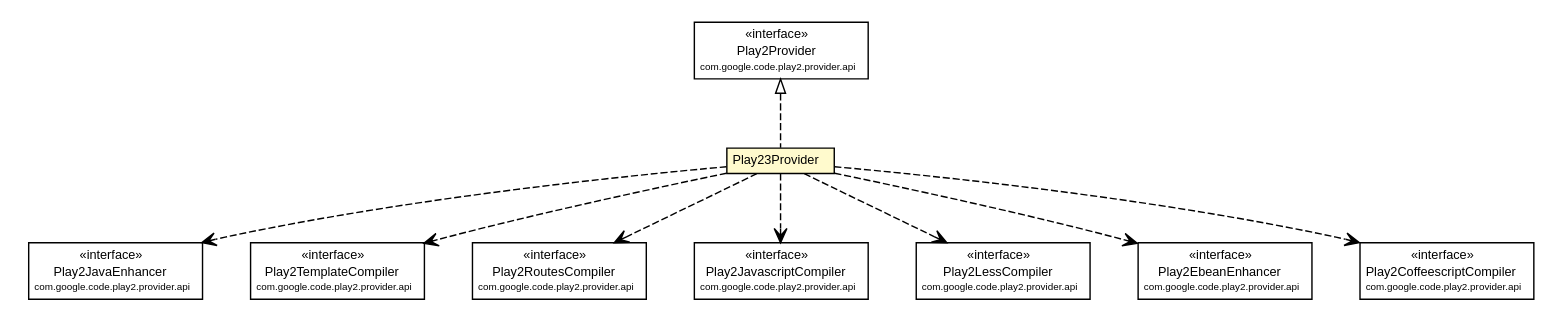
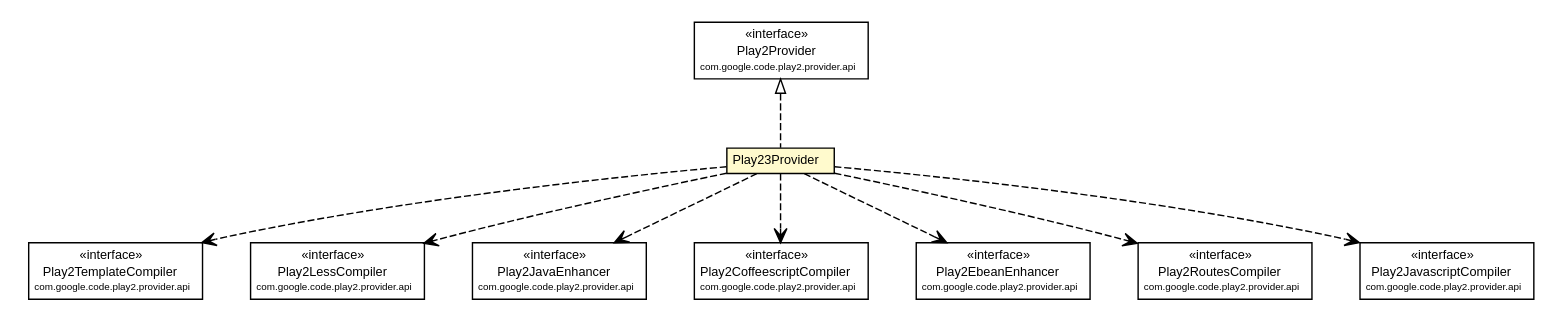
Before and after one commit to wouterhardeman/play2-maven-plugin: the diagram in mavensite/1.0.0-beta1/play2-providers/play2-provider-play23/apidocs/com/google/code/play2/provider/play23/Play23Provider.dot, drawn with Graphviz. The commit also changed 581 other files, not shown here.

```diff
--- a/mavensite/1.0.0-beta1/play2-providers/play2-provider-play23/apidocs/com/google/code/play2/provider/play23/Play23Provider.dot
+++ b/mavensite/1.0.0-beta1/play2-providers/play2-provider-play23/apidocs/com/google/code/play2/provider/play23/Play23Provider.dot
@@ -17,82 +17,82 @@
 		</table>>, URL="./Play23Provider.html", fontname="arial", fontcolor="black", fontsize=9.0];
 	//com.google.code.play2.provider.play23.Play23Provider implements com.google.code.play2.provider.api.Play2Provider
 	c186:p -> c177:p [dir=back,arrowtail=empty,style=dashed];
+	// com.google.code.play2.provider.play23.Play23Provider DEPEND com.google.code.play2.provider.api.Play2TemplateCompiler
+	c177:p -> c187:p [taillabel="", label="", headlabel="", fontname="arial", fontcolor="black", fontsize=10.0, color="black", arrowhead=open, style=dashed];
+	// com.google.code.play2.provider.play23.Play23Provider DEPEND com.google.code.play2.provider.api.Play2LessCompiler
+	c177:p -> c188:p [taillabel="", label="", headlabel="", fontname="arial", fontcolor="black", fontsize=10.0, color="black", arrowhead=open, style=dashed];
 	// com.google.code.play2.provider.play23.Play23Provider DEPEND com.google.code.play2.provider.api.Play2JavaEnhancer
-	c177:p -> c187:p [taillabel="", label="", headlabel="", fontname="arial", fontcolor="black", fontsize=10.0, color="black", arrowhead=open, style=dashed];
-	// com.google.code.play2.provider.play23.Play23Provider DEPEND com.google.code.play2.provider.api.Play2TemplateCompiler
-	c177:p -> c188:p [taillabel="", label="", headlabel="", fontname="arial", fontcolor="black", fontsize=10.0, color="black", arrowhead=open, style=dashed];
+	c177:p -> c189:p [taillabel="", label="", headlabel="", fontname="arial", fontcolor="black", fontsize=10.0, color="black", arrowhead=open, style=dashed];
+	// com.google.code.play2.provider.play23.Play23Provider DEPEND com.google.code.play2.provider.api.Play2CoffeescriptCompiler
+	c177:p -> c190:p [taillabel="", label="", headlabel="", fontname="arial", fontcolor="black", fontsize=10.0, color="black", arrowhead=open, style=dashed];
+	// com.google.code.play2.provider.play23.Play23Provider DEPEND com.google.code.play2.provider.api.Play2EbeanEnhancer
+	c177:p -> c191:p [taillabel="", label="", headlabel="", fontname="arial", fontcolor="black", fontsize=10.0, color="black", arrowhead=open, style=dashed];
 	// com.google.code.play2.provider.play23.Play23Provider DEPEND com.google.code.play2.provider.api.Play2RoutesCompiler
-	c177:p -> c189:p [taillabel="", label="", headlabel="", fontname="arial", fontcolor="black", fontsize=10.0, color="black", arrowhead=open, style=dashed];
+	c177:p -> c192:p [taillabel="", label="", headlabel="", fontname="arial", fontcolor="black", fontsize=10.0, color="black", arrowhead=open, style=dashed];
 	// com.google.code.play2.provider.play23.Play23Provider DEPEND com.google.code.play2.provider.api.Play2JavascriptCompiler
-	c177:p -> c190:p [taillabel="", label="", headlabel="", fontname="arial", fontcolor="black", fontsize=10.0, color="black", arrowhead=open, style=dashed];
-	// com.google.code.play2.provider.play23.Play23Provider DEPEND com.google.code.play2.provider.api.Play2LessCompiler
-	c177:p -> c191:p [taillabel="", label="", headlabel="", fontname="arial", fontcolor="black", fontsize=10.0, color="black", arrowhead=open, style=dashed];
-	// com.google.code.play2.provider.play23.Play23Provider DEPEND com.google.code.play2.provider.api.Play2EbeanEnhancer
-	c177:p -> c192:p [taillabel="", label="", headlabel="", fontname="arial", fontcolor="black", fontsize=10.0, color="black", arrowhead=open, style=dashed];
-	// com.google.code.play2.provider.play23.Play23Provider DEPEND com.google.code.play2.provider.api.Play2CoffeescriptCompiler
 	c177:p -> c193:p [taillabel="", label="", headlabel="", fontname="arial", fontcolor="black", fontsize=10.0, color="black", arrowhead=open, style=dashed];
 	// com.google.code.play2.provider.api.Play2LessCompiler
-	c191 [label=<<table title="com.google.code.play2.provider.api.Play2LessCompiler" border="0" cellborder="1" cellspacing="0" cellpadding="2" port="p" href="https://play2-maven-plugin.googlecode.com/svn/mavensite/1.0.0-beta1-SNAPSHOT/play2-provider-api/apidocs/com/google/code/play2/provider/api/Play2LessCompiler.html">
+	c188 [label=<<table title="com.google.code.play2.provider.api.Play2LessCompiler" border="0" cellborder="1" cellspacing="0" cellpadding="2" port="p" href="https://play2-maven-plugin.googlecode.com/svn/mavensite/1.0.0-beta1/play2-provider-api/apidocs/com/google/code/play2/provider/api/Play2LessCompiler.html">
 		<tr><td><table border="0" cellspacing="0" cellpadding="1">
 <tr><td align="center" balign="center"> &#171;interface&#187; </td></tr>
 <tr><td align="center" balign="center"> Play2LessCompiler </td></tr>
 <tr><td align="center" balign="center"><font point-size="7.0"> com.google.code.play2.provider.api </font></td></tr>
 		</table></td></tr>
-		</table>>, URL="https://play2-maven-plugin.googlecode.com/svn/mavensite/1.0.0-beta1-SNAPSHOT/play2-provider-api/apidocs/com/google/code/play2/provider/api/Play2LessCompiler.html", fontname="arial", fontcolor="black", fontsize=9.0];
+		</table>>, URL="https://play2-maven-plugin.googlecode.com/svn/mavensite/1.0.0-beta1/play2-provider-api/apidocs/com/google/code/play2/provider/api/Play2LessCompiler.html", fontname="arial", fontcolor="black", fontsize=9.0];
 	// com.google.code.play2.provider.api.Play2EbeanEnhancer
-	c192 [label=<<table title="com.google.code.play2.provider.api.Play2EbeanEnhancer" border="0" cellborder="1" cellspacing="0" cellpadding="2" port="p" href="https://play2-maven-plugin.googlecode.com/svn/mavensite/1.0.0-beta1-SNAPSHOT/play2-provider-api/apidocs/com/google/code/play2/provider/api/Play2EbeanEnhancer.html">
+	c191 [label=<<table title="com.google.code.play2.provider.api.Play2EbeanEnhancer" border="0" cellborder="1" cellspacing="0" cellpadding="2" port="p" href="https://play2-maven-plugin.googlecode.com/svn/mavensite/1.0.0-beta1/play2-provider-api/apidocs/com/google/code/play2/provider/api/Play2EbeanEnhancer.html">
 		<tr><td><table border="0" cellspacing="0" cellpadding="1">
 <tr><td align="center" balign="center"> &#171;interface&#187; </td></tr>
 <tr><td align="center" balign="center"> Play2EbeanEnhancer </td></tr>
 <tr><td align="center" balign="center"><font point-size="7.0"> com.google.code.play2.provider.api </font></td></tr>
 		</table></td></tr>
-		</table>>, URL="https://play2-maven-plugin.googlecode.com/svn/mavensite/1.0.0-beta1-SNAPSHOT/play2-provider-api/apidocs/com/google/code/play2/provider/api/Play2EbeanEnhancer.html", fontname="arial", fontcolor="black", fontsize=9.0];
+		</table>>, URL="https://play2-maven-plugin.googlecode.com/svn/mavensite/1.0.0-beta1/play2-provider-api/apidocs/com/google/code/play2/provider/api/Play2EbeanEnhancer.html", fontname="arial", fontcolor="black", fontsize=9.0];
 	// com.google.code.play2.provider.api.Play2CoffeescriptCompiler
-	c193 [label=<<table title="com.google.code.play2.provider.api.Play2CoffeescriptCompiler" border="0" cellborder="1" cellspacing="0" cellpadding="2" port="p" href="https://play2-maven-plugin.googlecode.com/svn/mavensite/1.0.0-beta1-SNAPSHOT/play2-provider-api/apidocs/com/google/code/play2/provider/api/Play2CoffeescriptCompiler.html">
+	c190 [label=<<table title="com.google.code.play2.provider.api.Play2CoffeescriptCompiler" border="0" cellborder="1" cellspacing="0" cellpadding="2" port="p" href="https://play2-maven-plugin.googlecode.com/svn/mavensite/1.0.0-beta1/play2-provider-api/apidocs/com/google/code/play2/provider/api/Play2CoffeescriptCompiler.html">
 		<tr><td><table border="0" cellspacing="0" cellpadding="1">
 <tr><td align="center" balign="center"> &#171;interface&#187; </td></tr>
 <tr><td align="center" balign="center"> Play2CoffeescriptCompiler </td></tr>
 <tr><td align="center" balign="center"><font point-size="7.0"> com.google.code.play2.provider.api </font></td></tr>
 		</table></td></tr>
-		</table>>, URL="https://play2-maven-plugin.googlecode.com/svn/mavensite/1.0.0-beta1-SNAPSHOT/play2-provider-api/apidocs/com/google/code/play2/provider/api/Play2CoffeescriptCompiler.html", fontname="arial", fontcolor="black", fontsize=9.0];
+		</table>>, URL="https://play2-maven-plugin.googlecode.com/svn/mavensite/1.0.0-beta1/play2-provider-api/apidocs/com/google/code/play2/provider/api/Play2CoffeescriptCompiler.html", fontname="arial", fontcolor="black", fontsize=9.0];
 	// com.google.code.play2.provider.api.Play2JavaEnhancer
-	c187 [label=<<table title="com.google.code.play2.provider.api.Play2JavaEnhancer" border="0" cellborder="1" cellspacing="0" cellpadding="2" port="p" href="https://play2-maven-plugin.googlecode.com/svn/mavensite/1.0.0-beta1-SNAPSHOT/play2-provider-api/apidocs/com/google/code/play2/provider/api/Play2JavaEnhancer.html">
+	c189 [label=<<table title="com.google.code.play2.provider.api.Play2JavaEnhancer" border="0" cellborder="1" cellspacing="0" cellpadding="2" port="p" href="https://play2-maven-plugin.googlecode.com/svn/mavensite/1.0.0-beta1/play2-provider-api/apidocs/com/google/code/play2/provider/api/Play2JavaEnhancer.html">
 		<tr><td><table border="0" cellspacing="0" cellpadding="1">
 <tr><td align="center" balign="center"> &#171;interface&#187; </td></tr>
 <tr><td align="center" balign="center"> Play2JavaEnhancer </td></tr>
 <tr><td align="center" balign="center"><font point-size="7.0"> com.google.code.play2.provider.api </font></td></tr>
 		</table></td></tr>
-		</table>>, URL="https://play2-maven-plugin.googlecode.com/svn/mavensite/1.0.0-beta1-SNAPSHOT/play2-provider-api/apidocs/com/google/code/play2/provider/api/Play2JavaEnhancer.html", fontname="arial", fontcolor="black", fontsize=9.0];
+		</table>>, URL="https://play2-maven-plugin.googlecode.com/svn/mavensite/1.0.0-beta1/play2-provider-api/apidocs/com/google/code/play2/provider/api/Play2JavaEnhancer.html", fontname="arial", fontcolor="black", fontsize=9.0];
 	// com.google.code.play2.provider.api.Play2RoutesCompiler
-	c189 [label=<<table title="com.google.code.play2.provider.api.Play2RoutesCompiler" border="0" cellborder="1" cellspacing="0" cellpadding="2" port="p" href="https://play2-maven-plugin.googlecode.com/svn/mavensite/1.0.0-beta1-SNAPSHOT/play2-provider-api/apidocs/com/google/code/play2/provider/api/Play2RoutesCompiler.html">
+	c192 [label=<<table title="com.google.code.play2.provider.api.Play2RoutesCompiler" border="0" cellborder="1" cellspacing="0" cellpadding="2" port="p" href="https://play2-maven-plugin.googlecode.com/svn/mavensite/1.0.0-beta1/play2-provider-api/apidocs/com/google/code/play2/provider/api/Play2RoutesCompiler.html">
 		<tr><td><table border="0" cellspacing="0" cellpadding="1">
 <tr><td align="center" balign="center"> &#171;interface&#187; </td></tr>
 <tr><td align="center" balign="center"> Play2RoutesCompiler </td></tr>
 <tr><td align="center" balign="center"><font point-size="7.0"> com.google.code.play2.provider.api </font></td></tr>
 		</table></td></tr>
-		</table>>, URL="https://play2-maven-plugin.googlecode.com/svn/mavensite/1.0.0-beta1-SNAPSHOT/play2-provider-api/apidocs/com/google/code/play2/provider/api/Play2RoutesCompiler.html", fontname="arial", fontcolor="black", fontsize=9.0];
+		</table>>, URL="https://play2-maven-plugin.googlecode.com/svn/mavensite/1.0.0-beta1/play2-provider-api/apidocs/com/google/code/play2/provider/api/Play2RoutesCompiler.html", fontname="arial", fontcolor="black", fontsize=9.0];
 	// com.google.code.play2.provider.api.Play2JavascriptCompiler
-	c190 [label=<<table title="com.google.code.play2.provider.api.Play2JavascriptCompiler" border="0" cellborder="1" cellspacing="0" cellpadding="2" port="p" href="https://play2-maven-plugin.googlecode.com/svn/mavensite/1.0.0-beta1-SNAPSHOT/play2-provider-api/apidocs/com/google/code/play2/provider/api/Play2JavascriptCompiler.html">
+	c193 [label=<<table title="com.google.code.play2.provider.api.Play2JavascriptCompiler" border="0" cellborder="1" cellspacing="0" cellpadding="2" port="p" href="https://play2-maven-plugin.googlecode.com/svn/mavensite/1.0.0-beta1/play2-provider-api/apidocs/com/google/code/play2/provider/api/Play2JavascriptCompiler.html">
 		<tr><td><table border="0" cellspacing="0" cellpadding="1">
 <tr><td align="center" balign="center"> &#171;interface&#187; </td></tr>
 <tr><td align="center" balign="center"> Play2JavascriptCompiler </td></tr>
 <tr><td align="center" balign="center"><font point-size="7.0"> com.google.code.play2.provider.api </font></td></tr>
 		</table></td></tr>
-		</table>>, URL="https://play2-maven-plugin.googlecode.com/svn/mavensite/1.0.0-beta1-SNAPSHOT/play2-provider-api/apidocs/com/google/code/play2/provider/api/Play2JavascriptCompiler.html", fontname="arial", fontcolor="black", fontsize=9.0];
+		</table>>, URL="https://play2-maven-plugin.googlecode.com/svn/mavensite/1.0.0-beta1/play2-provider-api/apidocs/com/google/code/play2/provider/api/Play2JavascriptCompiler.html", fontname="arial", fontcolor="black", fontsize=9.0];
 	// com.google.code.play2.provider.api.Play2Provider
-	c186 [label=<<table title="com.google.code.play2.provider.api.Play2Provider" border="0" cellborder="1" cellspacing="0" cellpadding="2" port="p" href="https://play2-maven-plugin.googlecode.com/svn/mavensite/1.0.0-beta1-SNAPSHOT/play2-provider-api/apidocs/com/google/code/play2/provider/api/Play2Provider.html">
+	c186 [label=<<table title="com.google.code.play2.provider.api.Play2Provider" border="0" cellborder="1" cellspacing="0" cellpadding="2" port="p" href="https://play2-maven-plugin.googlecode.com/svn/mavensite/1.0.0-beta1/play2-provider-api/apidocs/com/google/code/play2/provider/api/Play2Provider.html">
 		<tr><td><table border="0" cellspacing="0" cellpadding="1">
 <tr><td align="center" balign="center"> &#171;interface&#187; </td></tr>
 <tr><td align="center" balign="center"> Play2Provider </td></tr>
 <tr><td align="center" balign="center"><font point-size="7.0"> com.google.code.play2.provider.api </font></td></tr>
 		</table></td></tr>
-		</table>>, URL="https://play2-maven-plugin.googlecode.com/svn/mavensite/1.0.0-beta1-SNAPSHOT/play2-provider-api/apidocs/com/google/code/play2/provider/api/Play2Provider.html", fontname="arial", fontcolor="black", fontsize=9.0];
+		</table>>, URL="https://play2-maven-plugin.googlecode.com/svn/mavensite/1.0.0-beta1/play2-provider-api/apidocs/com/google/code/play2/provider/api/Play2Provider.html", fontname="arial", fontcolor="black", fontsize=9.0];
 	// com.google.code.play2.provider.api.Play2TemplateCompiler
-	c188 [label=<<table title="com.google.code.play2.provider.api.Play2TemplateCompiler" border="0" cellborder="1" cellspacing="0" cellpadding="2" port="p" href="https://play2-maven-plugin.googlecode.com/svn/mavensite/1.0.0-beta1-SNAPSHOT/play2-provider-api/apidocs/com/google/code/play2/provider/api/Play2TemplateCompiler.html">
+	c187 [label=<<table title="com.google.code.play2.provider.api.Play2TemplateCompiler" border="0" cellborder="1" cellspacing="0" cellpadding="2" port="p" href="https://play2-maven-plugin.googlecode.com/svn/mavensite/1.0.0-beta1/play2-provider-api/apidocs/com/google/code/play2/provider/api/Play2TemplateCompiler.html">
 		<tr><td><table border="0" cellspacing="0" cellpadding="1">
 <tr><td align="center" balign="center"> &#171;interface&#187; </td></tr>
 <tr><td align="center" balign="center"> Play2TemplateCompiler </td></tr>
 <tr><td align="center" balign="center"><font point-size="7.0"> com.google.code.play2.provider.api </font></td></tr>
 		</table></td></tr>
-		</table>>, URL="https://play2-maven-plugin.googlecode.com/svn/mavensite/1.0.0-beta1-SNAPSHOT/play2-provider-api/apidocs/com/google/code/play2/provider/api/Play2TemplateCompiler.html", fontname="arial", fontcolor="black", fontsize=9.0];
+		</table>>, URL="https://play2-maven-plugin.googlecode.com/svn/mavensite/1.0.0-beta1/play2-provider-api/apidocs/com/google/code/play2/provider/api/Play2TemplateCompiler.html", fontname="arial", fontcolor="black", fontsize=9.0];
 }
```
